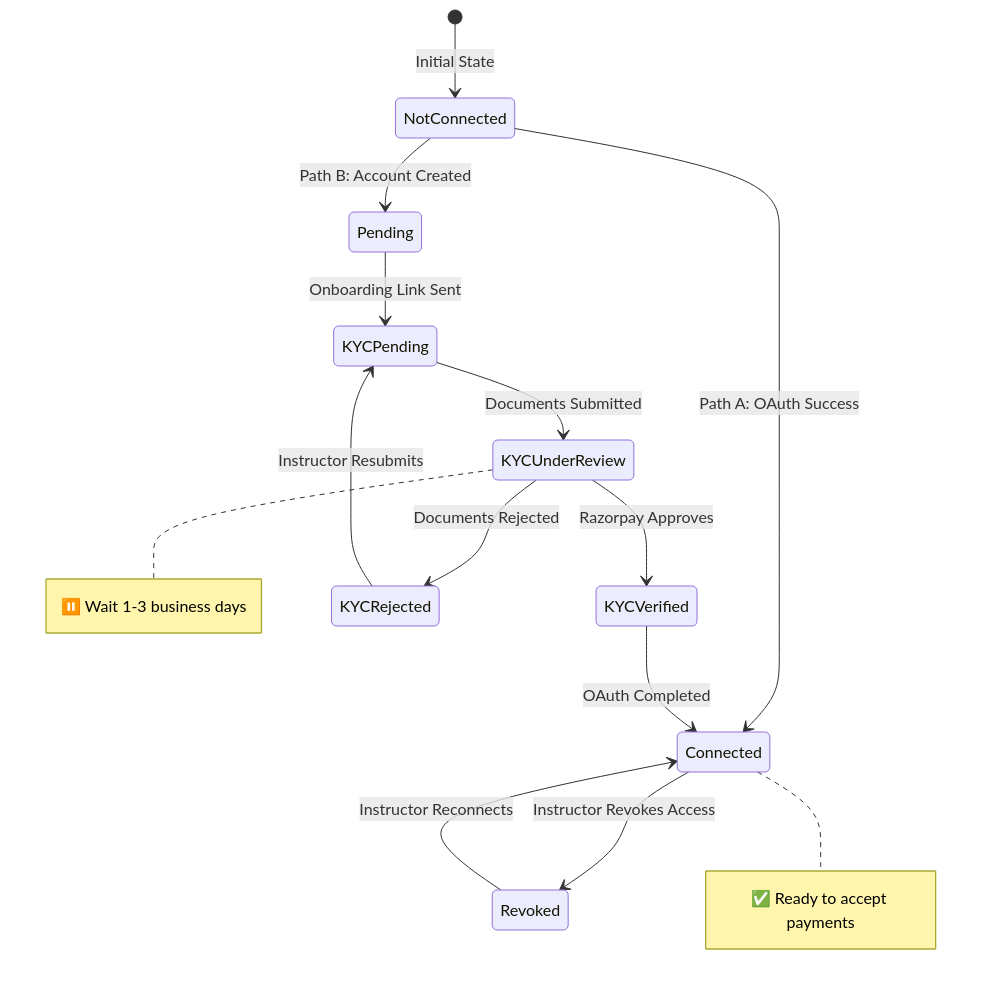
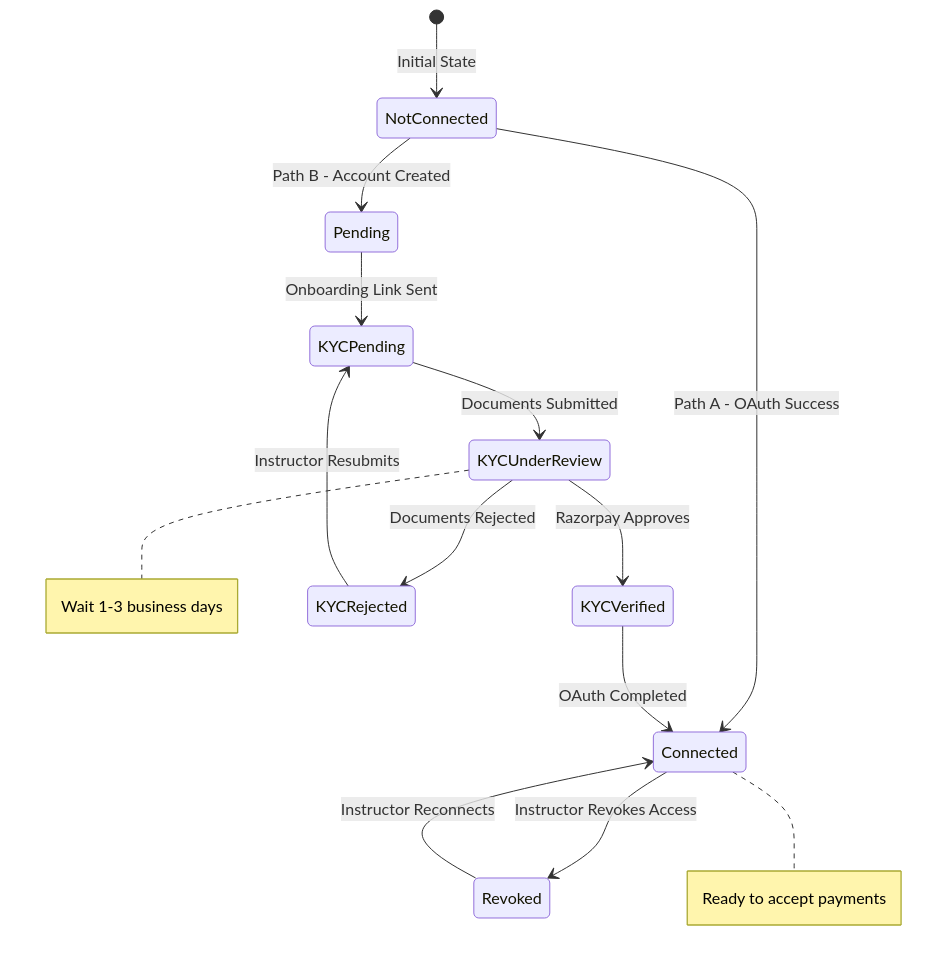
One commit to classintown/CIT_DOC changed the tenth of 19 diagrams in razorpay.md. Above: the diagram before and after it, drawn with Mermaid.

````diff
--- a/razorpay.md
+++ b/razorpay.md
@@ -1143,26 +1143,26 @@
 ```mermaid
 stateDiagram-v2
     [*] --> NotConnected: Initial State
     
-    NotConnected --> Pending: Path B: Account Created
-    NotConnected --> Connected: Path A: OAuth Success
+    NotConnected --> Pending: Path B - Account Created
+    NotConnected --> Connected: Path A - OAuth Success
     
     Pending --> KYCPending: Onboarding Link Sent
     KYCPending --> KYCUnderReview: Documents Submitted
     KYCUnderReview --> KYCVerified: Razorpay Approves
     KYCUnderReview --> KYCRejected: Documents Rejected
     
     KYCRejected --> KYCPending: Instructor Resubmits
     KYCVerified --> Connected: OAuth Completed
     
     Connected --> Revoked: Instructor Revokes Access
     Revoked --> Connected: Instructor Reconnects
     
     note right of Connected
-        ✅ Ready to accept payments
+        Ready to accept payments
     end note
     
     note right of KYCUnderReview
-        ⏸️ Wait 1-3 business days
+        Wait 1-3 business days
     end note
 ```
````
